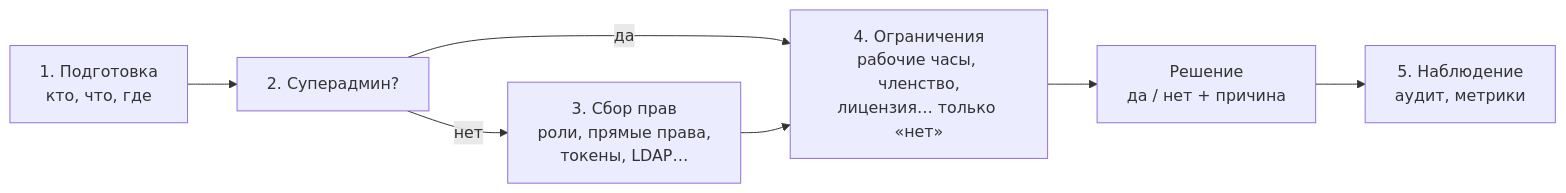
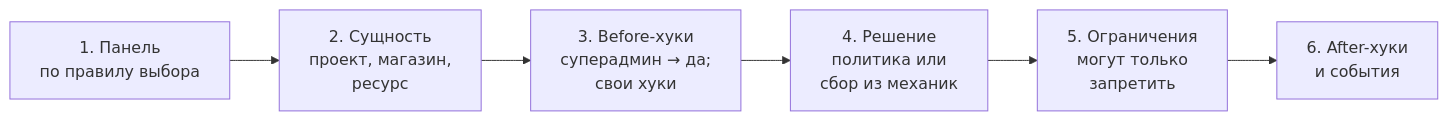
The first of 2 diagrams in audits/2026-09-29-audit/opus/00-overview.md (axiomasoft/azguard-private), drawn with Mermaid before and after one commit. The commit also changed other lines of this file and 18 other files, not shown here.

````diff
--- a/audits/2026-09-29-audit/opus/00-overview.md
+++ b/audits/2026-09-29-audit/opus/00-overview.md
@@ -61,9 +114,8 @@
 ```mermaid
 flowchart LR
-    A[1. Подготовка<br/>кто, что, где] --> B[2. Суперадмин?]
-    B -- да --> D
-    B -- нет --> C[3. Сбор прав<br/>роли, прямые права,<br/>токены, LDAP…]
-    C --> D[4. Ограничения<br/>рабочие часы, членство,<br/>лицензия… только «нет»]
-    D --> E[Решение<br/>да / нет + причина]
-    E --> F[5. Наблюдение<br/>аудит, метрики]
+    A[1. Панель<br/>по правилу выбора] --> B[2. Сущность<br/>проект, магазин,<br/>ресурс]
+    B --> C[3. Before-хуки<br/>суперадмин → да;<br/>свои хуки]
+    C --> D[4. Решение<br/>политика или<br/>сбор из механик]
+    D --> E[5. Ограничения<br/>могут только<br/>запретить]
+    E --> F[6. After-хуки<br/>и события]
 ```
````
